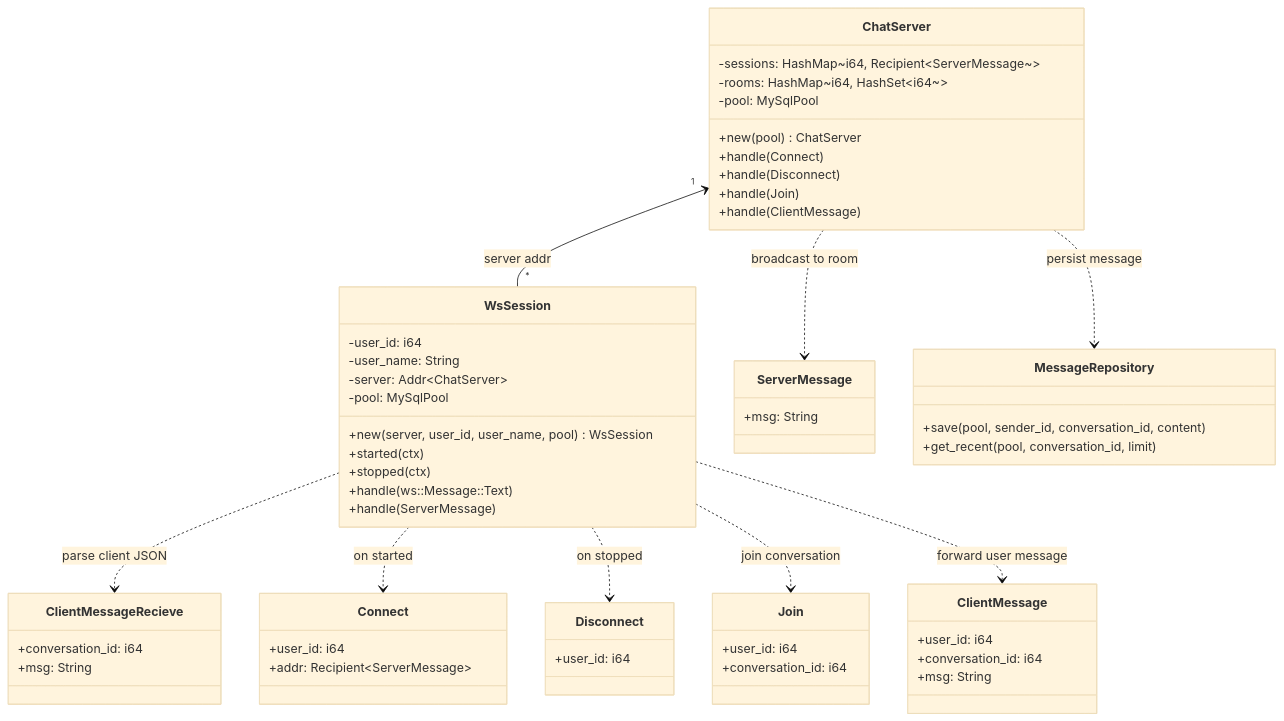
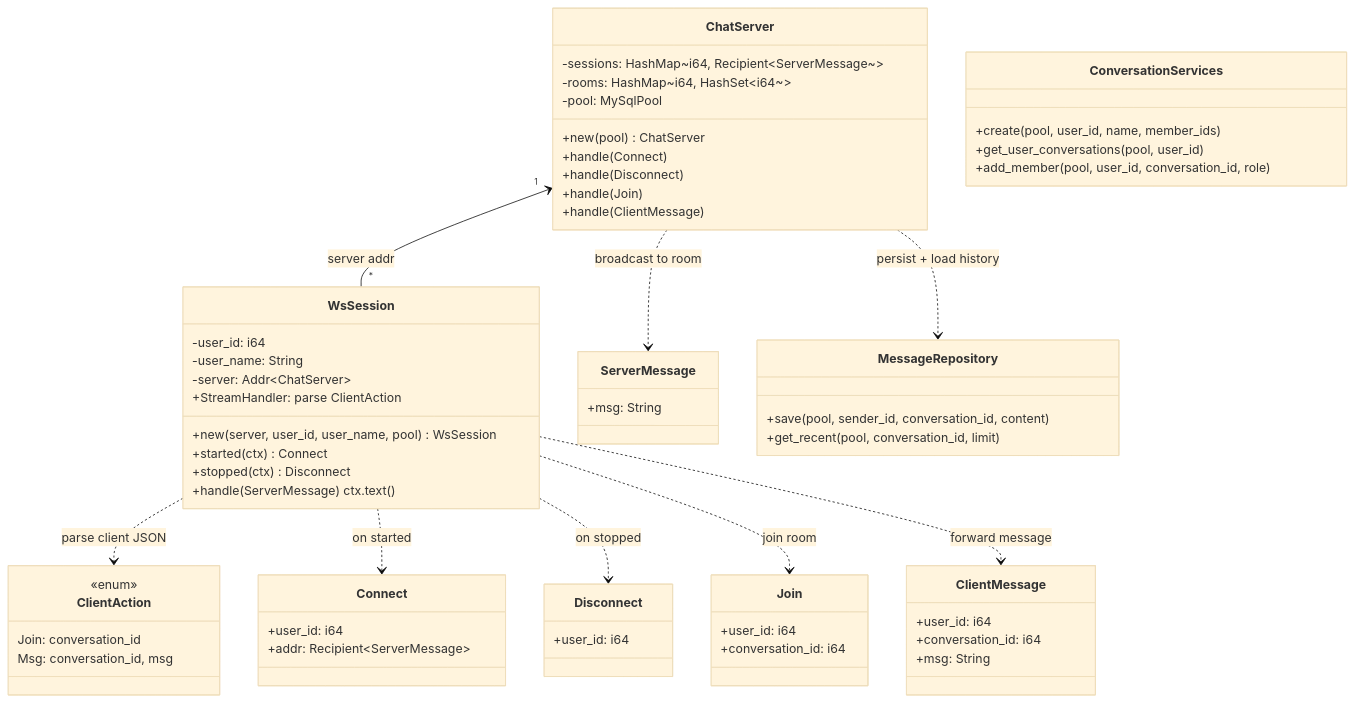
Before and after one commit to Dchih/note: the third of 4 diagrams in doc/chat-architecture.md, drawn with Mermaid (base theme). The commit also changed other lines of this file and 2 other files, not shown here.

Commit message:
Refactor chat architecture documentation and update WebSocket handling logic

````diff
--- a/doc/chat-architecture.md
+++ b/doc/chat-architecture.md
@@ -5,68 +184,74 @@
 ```mermaid
 classDiagram
     class ChatServer {
         -sessions: HashMap~i64, Recipient~ServerMessage~~
         -rooms: HashMap~i64, HashSet~i64~~
         -pool: MySqlPool
         +new(pool) ChatServer
         +handle(Connect)
         +handle(Disconnect)
         +handle(Join)
         +handle(ClientMessage)
     }
 
     class WsSession {
         -user_id: i64
         -user_name: String
         -server: Addr~ChatServer~
-        -pool: MySqlPool
         +new(server, user_id, user_name, pool) WsSession
-        +started(ctx)
-        +stopped(ctx)
-        +handle(ws::Message::Text)
-        +handle(ServerMessage)
+        +started(ctx) Connect
+        +stopped(ctx) Disconnect
+        +StreamHandler: parse ClientAction
+        +handle(ServerMessage) ctx.text()
+    }
+
+    class ClientAction {
+        <<enum>>
+        Join: conversation_id
+        Msg: conversation_id, msg
     }
 
     class Connect {
         +user_id: i64
         +addr: Recipient~ServerMessage~
     }
 
     class Disconnect {
         +user_id: i64
     }
 
     class Join {
         +user_id: i64
         +conversation_id: i64
     }
 
     class ClientMessage {
         +user_id: i64
         +conversation_id: i64
         +msg: String
     }
 
     class ServerMessage {
         +msg: String
     }
 
-    class ClientMessageRecieve {
-        +conversation_id: i64
-        +msg: String
-    }
-
     class MessageRepository {
         +save(pool, sender_id, conversation_id, content)
         +get_recent(pool, conversation_id, limit)
     }
 
+    class ConversationServices {
+        +create(pool, user_id, name, member_ids)
+        +get_user_conversations(pool, user_id)
+        +add_member(pool, user_id, conversation_id, role)
+    }
+
     ChatServer "1" <-- "*" WsSession : server addr
-    WsSession ..> ClientMessageRecieve : parse client JSON
+    WsSession ..> ClientAction : parse client JSON
     WsSession ..> Connect : on started
     WsSession ..> Disconnect : on stopped
-    WsSession ..> Join : join conversation
-    WsSession ..> ClientMessage : forward user message
+    WsSession ..> Join : join room
+    WsSession ..> ClientMessage : forward message
     ChatServer ..> ServerMessage : broadcast to room
-    ChatServer ..> MessageRepository : persist message
+    ChatServer ..> MessageRepository : persist + load history
 ```
````
